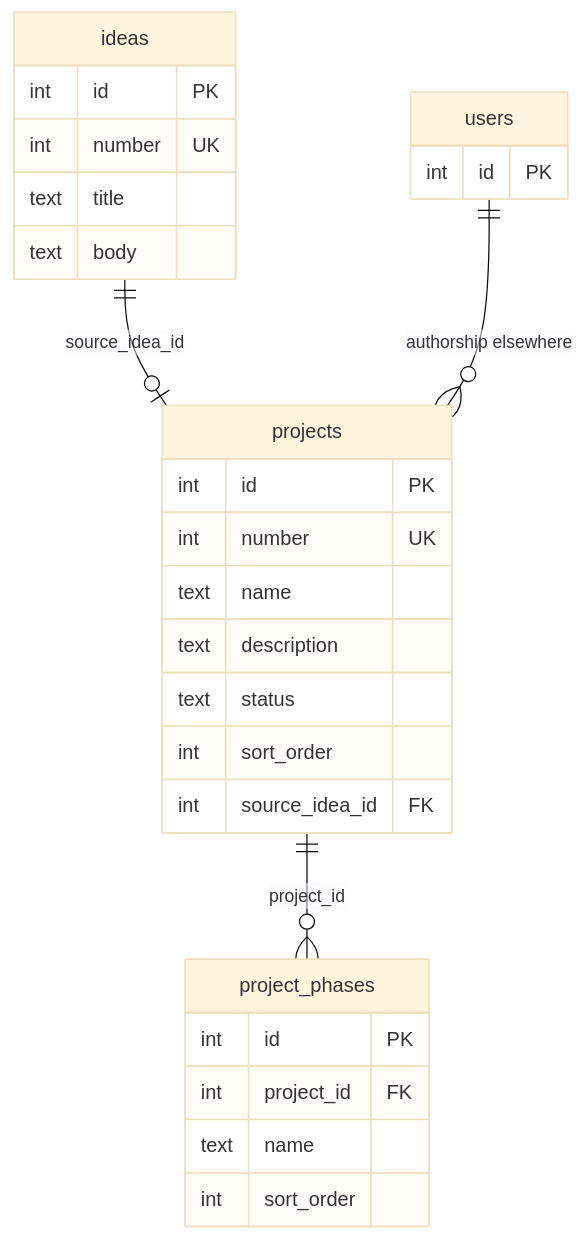
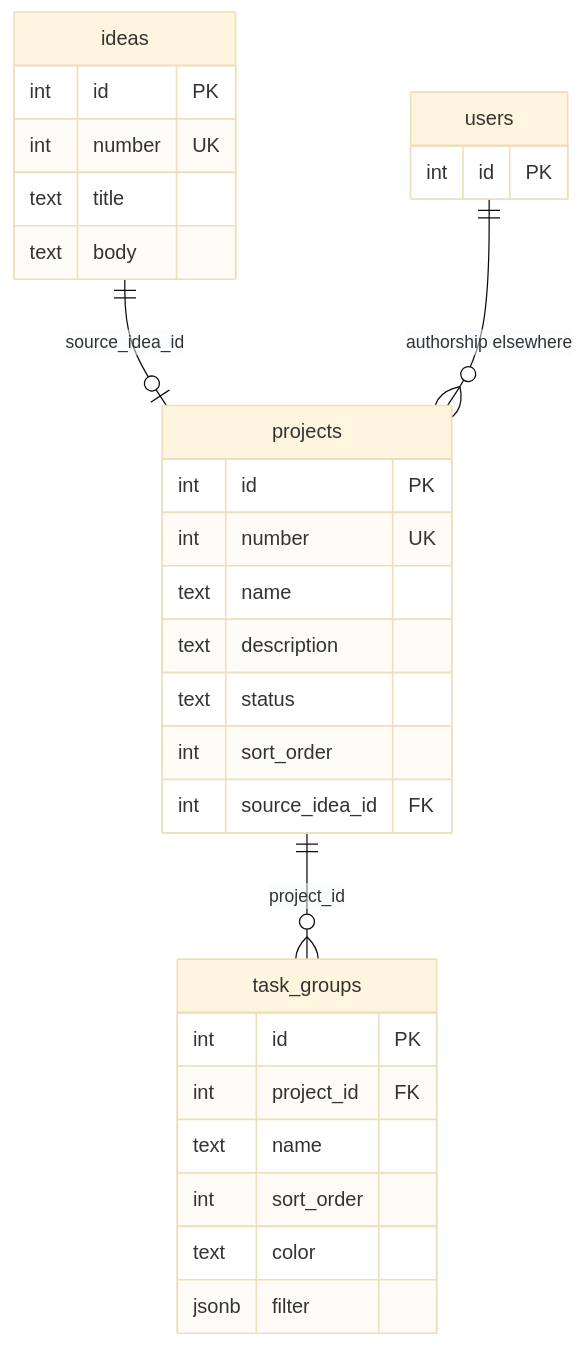
The diagram in docs/database/projects-and-ideas.md (blackrook-io/taskmesh), drawn with Mermaid (base theme) before and after one commit. The commit also changed other lines of this file and 33 other files, not shown here.

First line of the commit message:
Replace list Phases with Task Groups that store a filter and color.

````diff
--- a/docs/database/projects-and-ideas.md
+++ b/docs/database/projects-and-ideas.md
@@ -9,30 +9,32 @@
 ```mermaid
 erDiagram
   ideas ||--o| projects : "source_idea_id"
-  projects ||--o{ project_phases : "project_id"
+  projects ||--o{ task_groups : "project_id"
   users ||--o{ projects : "authorship elsewhere"
   ideas {
     int id PK
     int number UK
     text title
     text body
   }
   projects {
     int id PK
     int number UK
     text name
     text description
     text status
     int sort_order
     int source_idea_id FK
   }
-  project_phases {
+  task_groups {
     int id PK
     int project_id FK
     text name
     int sort_order
+    text color
+    jsonb filter
   }
   users {
     int id PK
   }
 ```
````
